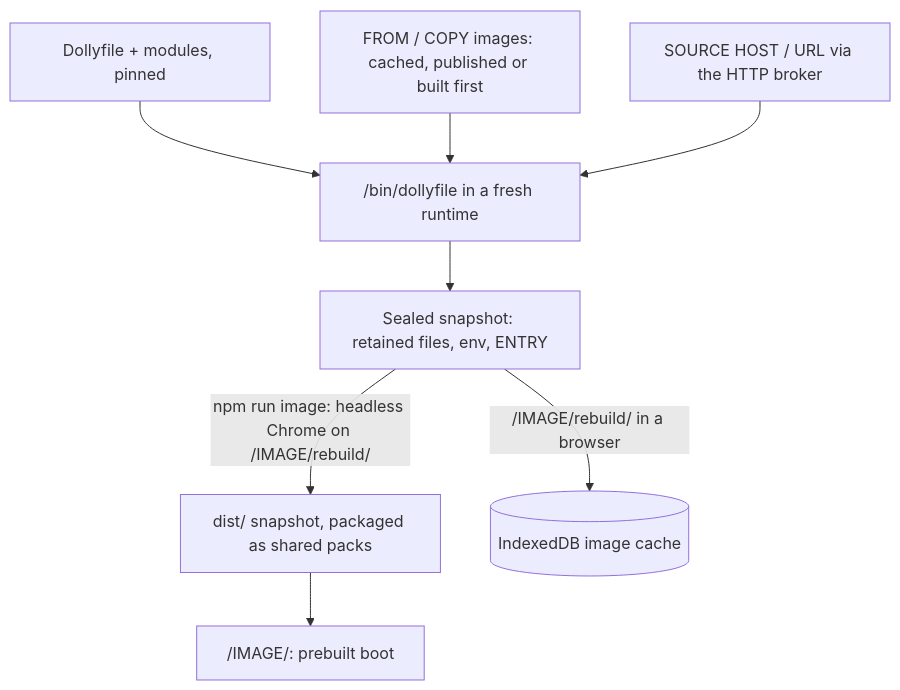
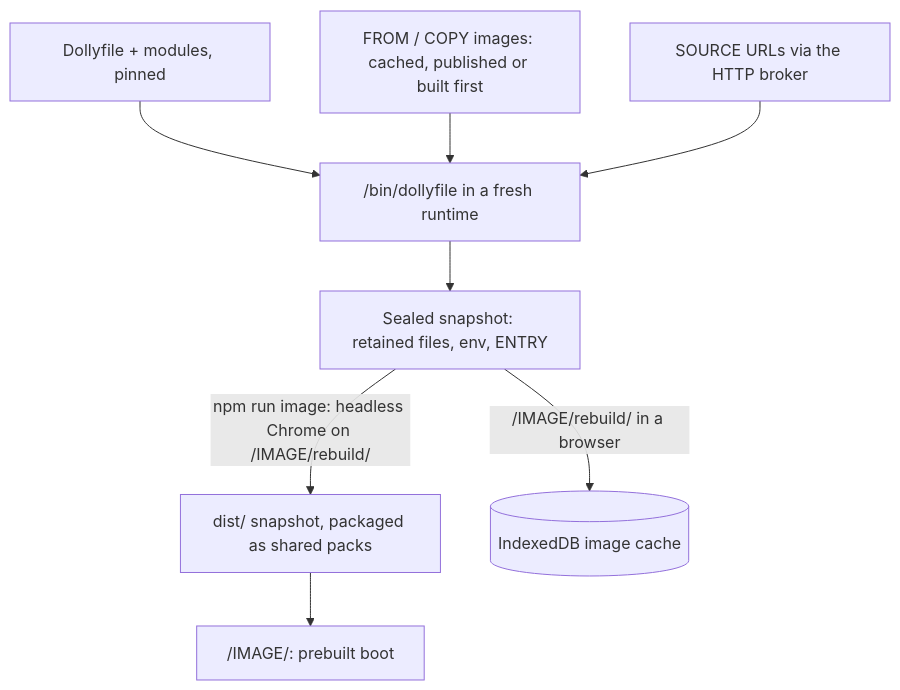
Before and after one commit to daugasauron/dolly: the diagram in docs/dollyfile.md, drawn with Mermaid. The commit also changed other lines of this file and 174 other files, not shown here.

````diff
--- a/docs/dollyfile.md
+++ b/docs/dollyfile.md
@@ -153,10 +162,10 @@
 ```mermaid
 flowchart TD
   recipe["Dollyfile + modules, pinned"] --> exec
   bases["FROM / COPY images: cached, published or built first"] --> exec
-  inputs["SOURCE HOST / URL via the HTTP broker"] --> exec
+  inputs["SOURCE URLs via the HTTP broker"] --> exec
   exec["/bin/dollyfile in a fresh runtime"] --> snap["Sealed snapshot: retained files, env, ENTRY"]
   snap -- "npm run image: headless Chrome on /IMAGE/rebuild/" --> packs["dist/ snapshot, packaged as shared packs"]
   snap -- "/IMAGE/rebuild/ in a browser" --> cache[("IndexedDB image cache")]
   packs --> boot["/IMAGE/: prebuilt boot"]
 ```
````
